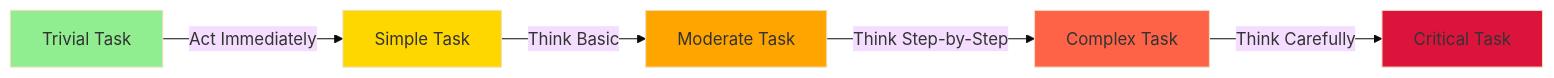
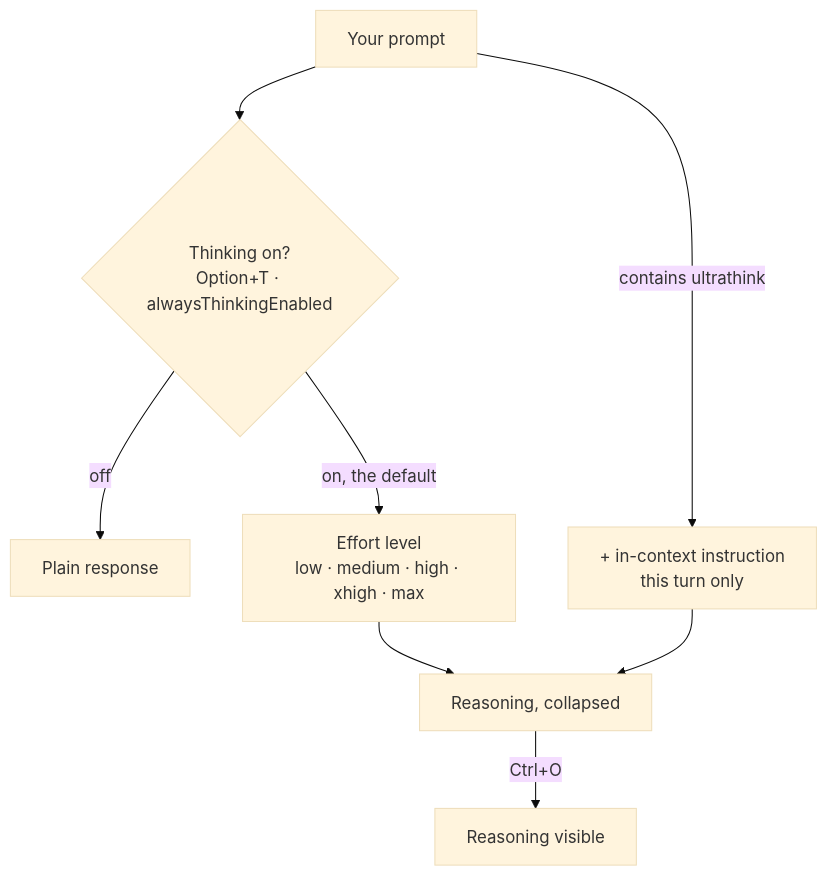
Before and after one commit to ShipWithAI/claude-code-mastery: the diagram in src/content/docs/en/claude-code/phase-06-thinking-planning/01-think-mode.mdx, drawn with Mermaid (base theme). The commit also changed other lines of this file and 8 other files, not shown here.

````diff
--- a/src/content/docs/en/claude-code/phase-06-thinking-planning/01-think-mode.mdx
+++ b/src/content/docs/en/claude-code/phase-06-thinking-planning/01-think-mode.mdx
@@ -70,13 +57,10 @@
 ```mermaid
-graph LR
-    A[Trivial Task] -->|Act Immediately| B[Simple Task]
-    B -->|Think Basic| C[Moderate Task]
-    C -->|Think Step-by-Step| D[Complex Task]
-    D -->|Think Carefully| E[Critical Task]
-
-    style A fill:#90EE90
-    style B fill:#FFD700
-    style C fill:#FFA500
-    style D fill:#FF6347
-    style E fill:#DC143C
+graph TD
+    A[Your prompt] --> B{Thinking on?<br/>Option+T · alwaysThinkingEnabled}
+    B -->|off| E[Plain response]
+    B -->|on, the default| C[Effort level<br/>low · medium · high · xhigh · max]
+    A -->|contains ultrathink| D[+ in-context instruction<br/>this turn only]
+    C --> F[Reasoning, collapsed]
+    D --> F
+    F -->|Ctrl+O| G[Reasoning visible]
 ```
````
